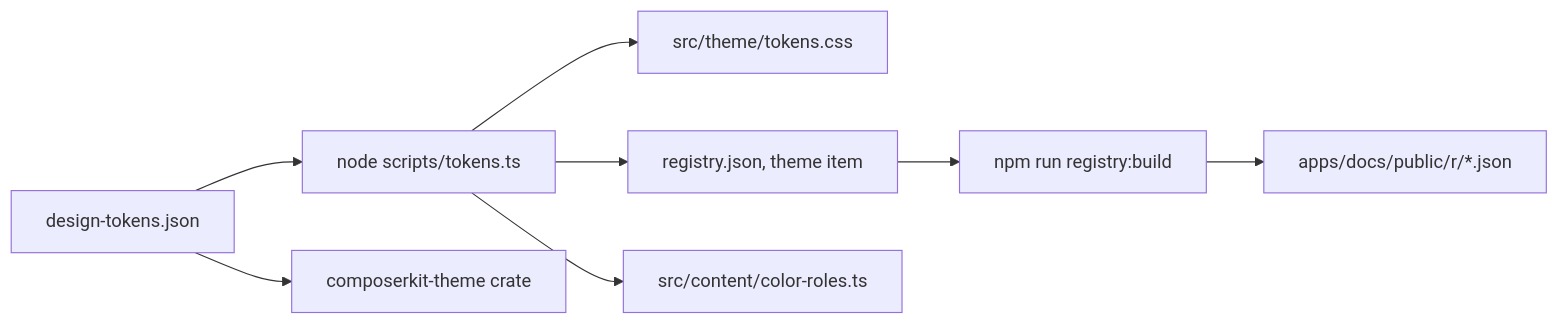
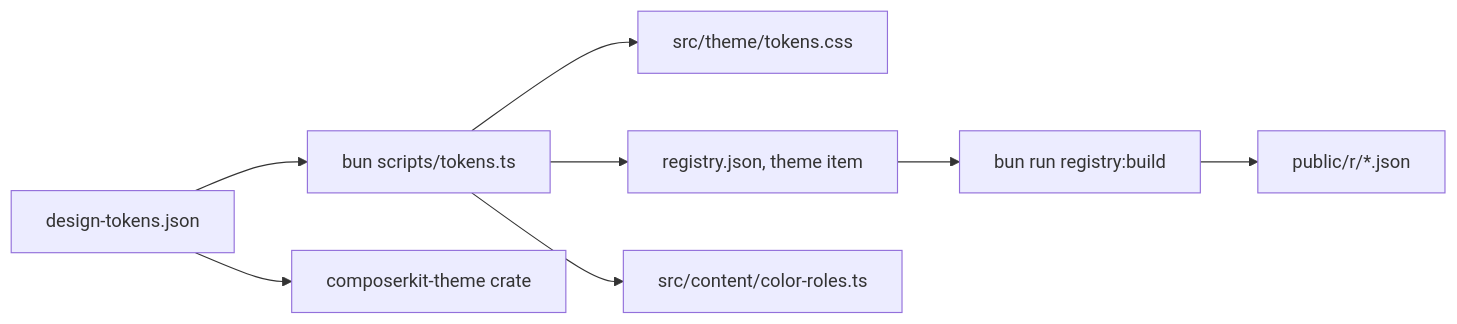
Before and after one commit to bjoernaagaard/ComposerKit: the diagram in CONTRIBUTING.md, drawn with Mermaid. The commit also changed other lines of this file and 204 other files, not shown here.

First line of the commit message:
build: run on Bun and remove the docs site

````diff
--- a/CONTRIBUTING.md
+++ b/CONTRIBUTING.md
@@ -65,10 +64,10 @@
 ```mermaid
 flowchart LR
-    tokens["design-tokens.json"] --> script["node scripts/tokens.ts"]
+    tokens["design-tokens.json"] --> script["bun scripts/tokens.ts"]
     script --> css["src/theme/tokens.css"]
     script --> registry["registry.json, theme item"]
     script --> roles["src/content/color-roles.ts"]
-    registry --> build["npm run registry:build"]
-    build --> public["apps/docs/public/r/*.json"]
+    registry --> build["bun run registry:build"]
+    build --> public["public/r/*.json"]
     tokens --> rust["composerkit-theme crate"]
 ```
````
